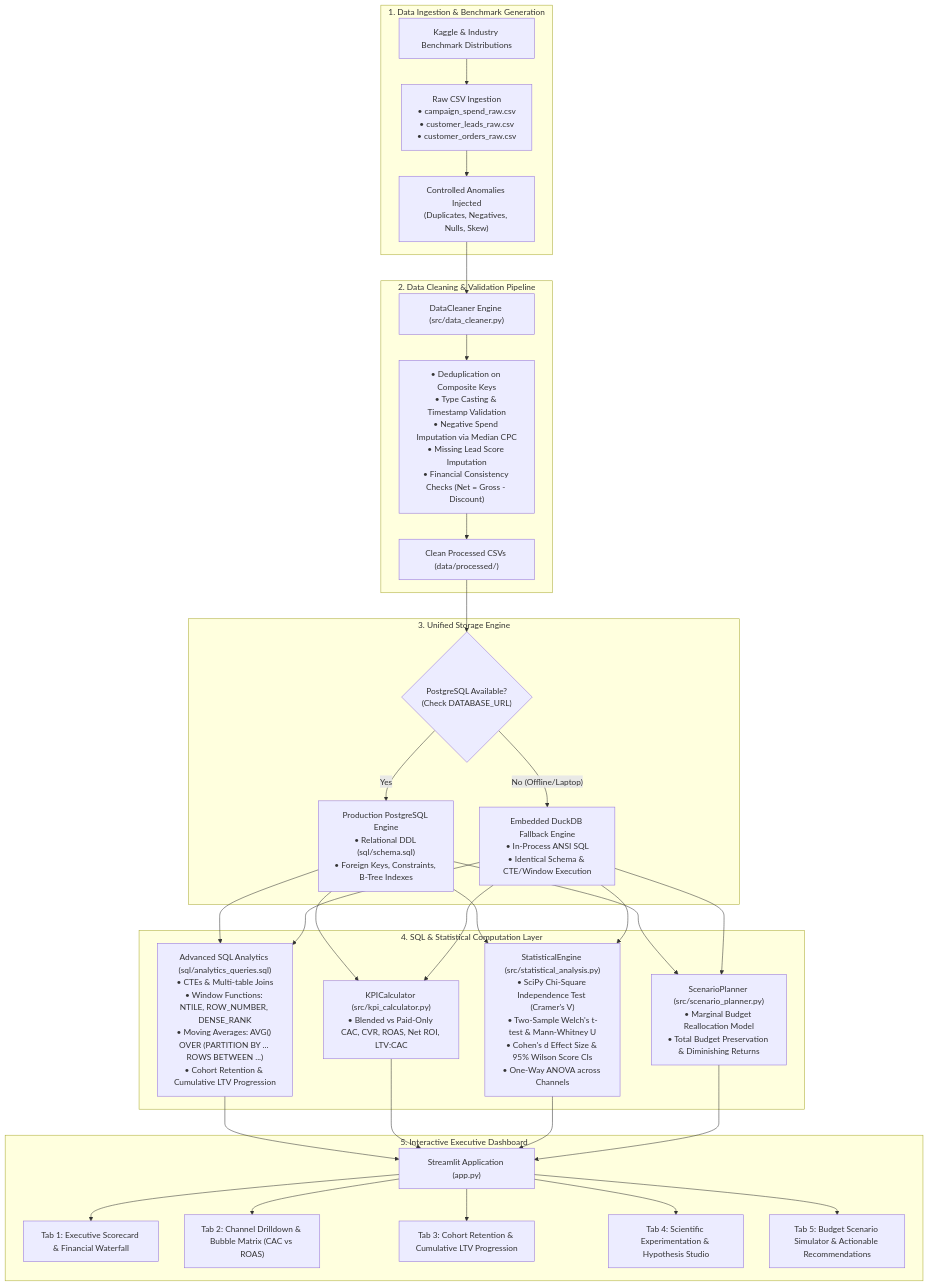
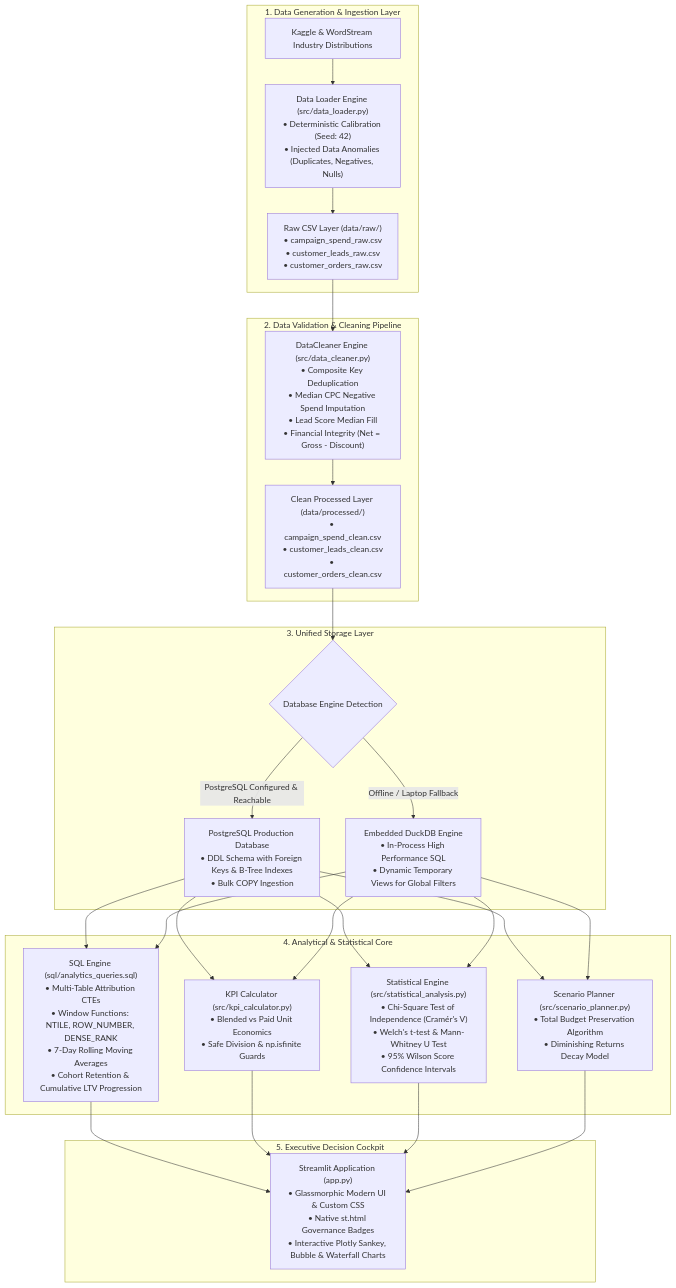
Before and after one commit to viveksingh28aug/customer-acquisition-campaign-roi-analytics: the diagram in README.md, drawn with Mermaid. The commit also changed other lines of this file, not shown here.

Commit message:
docs: complete 10/10 enterprise portfolio README with full architecture, KPIs, and quickstart

````diff
--- a/README.md
+++ b/README.md
@@ -16,35 +84,29 @@
 ```mermaid
 flowchart TD
-    subgraph Data_Sources["1. Data Ingestion & Benchmark Generation"]
-        A1["Kaggle & Industry Benchmark Distributions"] --> B1["Raw CSV Ingestion<br/>• campaign_spend_raw.csv<br/>• customer_leads_raw.csv<br/>• customer_orders_raw.csv"]
-        B1 --> B2["Controlled Anomalies Injected<br/>(Duplicates, Negatives, Nulls, Skew)"]
+    subgraph S1["1. Data Generation & Ingestion Layer"]
+        A1["Kaggle & WordStream Industry Distributions"] --> B1["Data Loader Engine (src/data_loader.py)<br/>• Deterministic Calibration (Seed: 42)<br/>• Injected Data Anomalies (Duplicates, Negatives, Nulls)"]
+        B1 --> C1["Raw CSV Layer (data/raw/)<br/>• campaign_spend_raw.csv<br/>• customer_leads_raw.csv<br/>• customer_orders_raw.csv"]
     end
 
-    subgraph Data_Pipeline["2. Data Cleaning & Validation Pipeline"]
-        B2 --> C1["DataCleaner Engine (src/data_cleaner.py)"]
-        C1 --> C2["• Deduplication on Composite Keys<br/>• Type Casting & Timestamp Validation<br/>• Negative Spend Imputation via Median CPC<br/>• Missing Lead Score Imputation<br/>• Financial Consistency Checks (Net = Gross - Discount)"]
-        C2 --> D1["Clean Processed CSVs (data/processed/)"]
+    subgraph S2["2. Data Validation & Cleaning Pipeline"]
+        C1 --> D1["DataCleaner Engine (src/data_cleaner.py)<br/>• Composite Key Deduplication<br/>• Median CPC Negative Spend Imputation<br/>• Lead Score Median Fill<br/>• Financial Integrity (Net = Gross - Discount)"]
+        D1 --> E1["Clean Processed Layer (data/processed/)<br/>• campaign_spend_clean.csv<br/>• customer_leads_clean.csv<br/>• customer_orders_clean.csv"]
     end
 
-    subgraph Storage_Layer["3. Unified Storage Engine"]
-        D1 --> E1{"PostgreSQL Available?<br/>(Check DATABASE_URL)"}
-        E1 -- Yes --> E2["Production PostgreSQL Engine<br/>• Relational DDL (sql/schema.sql)<br/>• Foreign Keys, Constraints, B-Tree Indexes"]
-        E1 -- No (Offline/Laptop) --> E3["Embedded DuckDB Fallback Engine<br/>• In-Process ANSI SQL<br/>• Identical Schema & CTE/Window Execution"]
+    subgraph S3["3. Unified Storage Layer"]
+        E1 --> F1{"Database Engine Detection"}
+        F1 -- "PostgreSQL Configured & Reachable" --> G1["PostgreSQL Production Database<br/>• DDL Schema with Foreign Keys & B-Tree Indexes<br/>• Bulk COPY Ingestion"]
+        F1 -- "Offline / Laptop Fallback" --> H1["Embedded DuckDB Engine<br/>• In-Process High Performance SQL<br/>• Dynamic Temporary Views for Global Filters"]
     end
 
-    subgraph Analytics_Engine["4. SQL & Statistical Computation Layer"]
-        E2 & E3 --> F1["Advanced SQL Analytics (sql/analytics_queries.sql)<br/>• CTEs & Multi-table Joins<br/>• Window Functions: NTILE, ROW_NUMBER, DENSE_RANK<br/>• Moving Averages: AVG() OVER (PARTITION BY ... ROWS BETWEEN ...)<br/>• Cohort Retention & Cumulative LTV Progression"]
-        E2 & E3 --> F2["KPICalculator (src/kpi_calculator.py)<br/>• Blended vs Paid-Only CAC, CVR, ROAS, Net ROI, LTV:CAC"]
-        E2 & E3 --> F3["StatisticalEngine (src/statistical_analysis.py)<br/>• SciPy Chi-Square Independence Test (Cramer's V)<br/>• Two-Sample Welch's t-test & Mann-Whitney U<br/>• Cohen's d Effect Size & 95% Wilson Score CIs<br/>• One-Way ANOVA across Channels"]
-        E2 & E3 --> F4["ScenarioPlanner (src/scenario_planner.py)<br/>• Marginal Budget Reallocation Model<br/>• Total Budget Preservation & Diminishing Returns"]
+    subgraph S4["4. Analytical & Statistical Core"]
+        G1 & H1 --> I1["SQL Engine (sql/analytics_queries.sql)<br/>• Multi-Table Attribution CTEs<br/>• Window Functions: NTILE, ROW_NUMBER, DENSE_RANK<br/>• 7-Day Rolling Moving Averages<br/>• Cohort Retention & Cumulative LTV Progression"]
+        G1 & H1 --> I2["KPI Calculator (src/kpi_calculator.py)<br/>• Blended vs Paid Unit Economics<br/>• Safe Division & np.isfinite Guards"]
+        G1 & H1 --> I3["Statistical Engine (src/statistical_analysis.py)<br/>• Chi-Square Test of Independence (Cramér's V)<br/>• Welch's t-test & Mann-Whitney U Test<br/>• 95% Wilson Score Confidence Intervals"]
+        G1 & H1 --> I4["Scenario Planner (src/scenario_planner.py)<br/>• Total Budget Preservation Algorithm<br/>• Diminishing Returns Decay Model"]
     end
 
-    subgraph Presentation_Layer["5. Interactive Executive Dashboard"]
-        F1 & F2 & F3 & F4 --> G1["Streamlit Application (app.py)"]
-        G1 --> H1["Tab 1: Executive Scorecard & Financial Waterfall"]
-        G1 --> H2["Tab 2: Channel Drilldown & Bubble Matrix (CAC vs ROAS)"]
-        G1 --> H3["Tab 3: Cohort Retention & Cumulative LTV Progression"]
-        G1 --> H4["Tab 4: Scientific Experimentation & Hypothesis Studio"]
-        G1 --> H5["Tab 5: Budget Scenario Simulator & Actionable Recommendations"]
+    subgraph S5["5. Executive Decision Cockpit"]
+        I1 & I2 & I3 & I4 --> J1["Streamlit Application (app.py)<br/>• Glassmorphic Modern UI & Custom CSS<br/>• Native st.html Governance Badges<br/>• Interactive Plotly Sankey, Bubble & Waterfall Charts"]
     end
 ```
````
